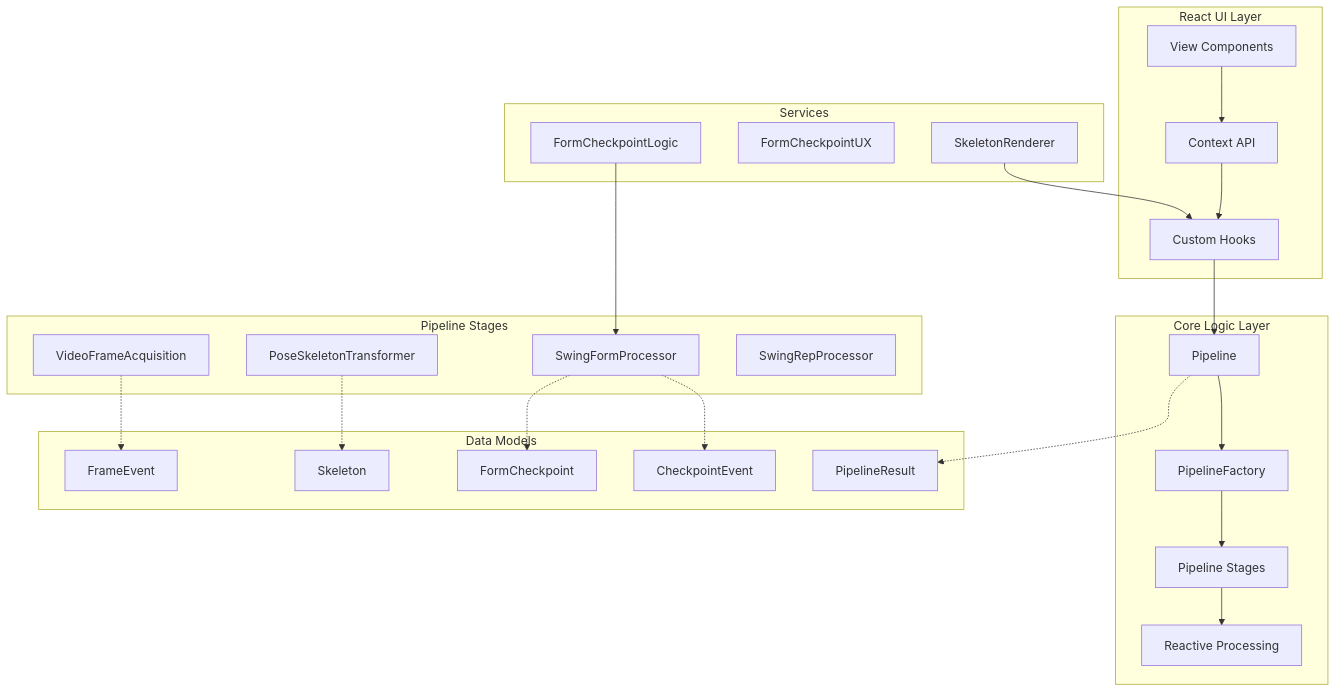
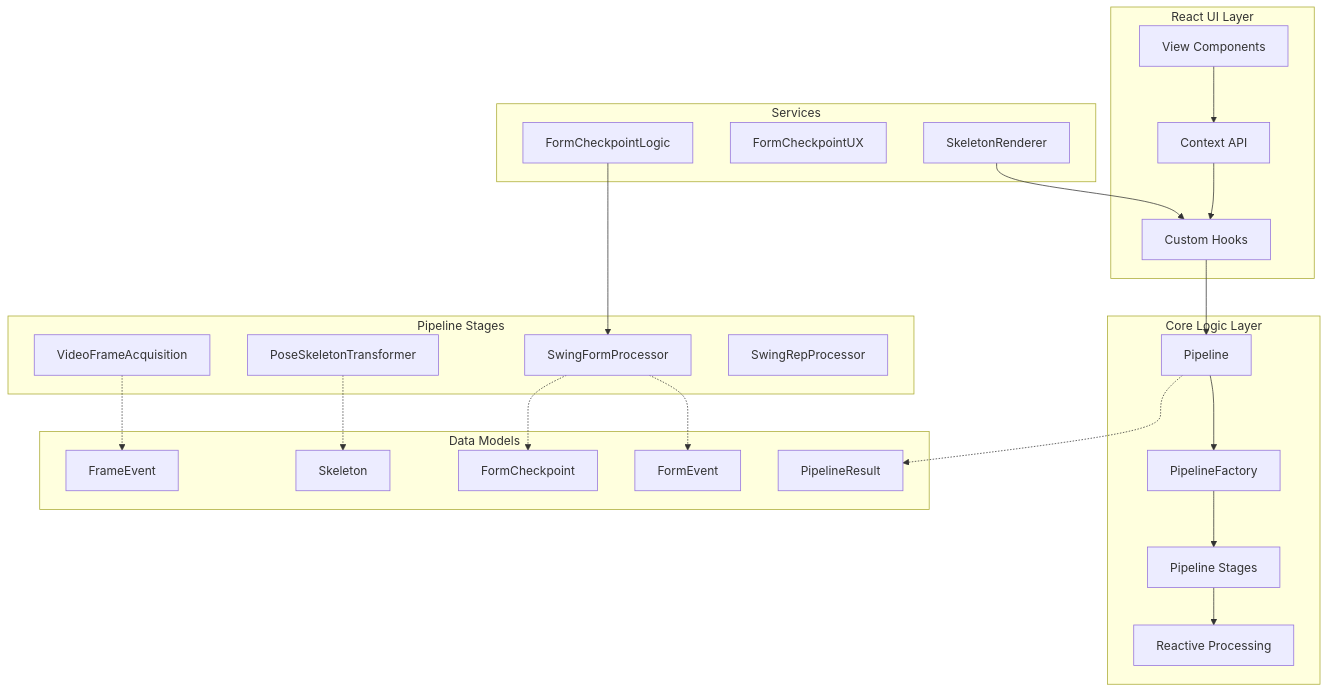
One commit to idvorkin/swing-analyzer changed the first of 2 diagrams in ARCHITECTURE.md. Above: the diagram before and after it, drawn with Mermaid. The commit also changed other lines of this file and 5 other files, not shown here.

````diff
--- a/ARCHITECTURE.md
+++ b/ARCHITECTURE.md
@@ -7,43 +7,43 @@
 ```mermaid
 graph TD
     subgraph "React UI Layer"
         A1[View Components] --> A2[Context API]
         A2 --> A3[Custom Hooks]
     end
 
     subgraph "Core Logic Layer"
         B1[Pipeline] --> B2[PipelineFactory]
         B2 --> B3[Pipeline Stages]
         B3 --> B4[Reactive Processing]
     end
 
     subgraph "Pipeline Stages"
         C1[VideoFrameAcquisition]
         C2[PoseSkeletonTransformer]
         C3[SwingFormProcessor]
         C4[SwingRepProcessor]
     end
 
     subgraph "Data Models"
         D1[Skeleton]
         D2[FormCheckpoint]
         D3[PipelineResult]
         D4[FrameEvent]
-        D5[CheckpointEvent]
+        D5[FormEvent]
     end
 
     subgraph "Services"
         E2[FormCheckpointLogic]
         E3[FormCheckpointUX]
         E4[SkeletonRenderer]
     end
 
     A3 --> B1
     B1 -.-> D3
     C1 -.-> D4
     C3 -.-> D5
     C2 -.-> D1
     C3 -.-> D2
     E2 --> C3
     E4 --> A3
 ```
````
